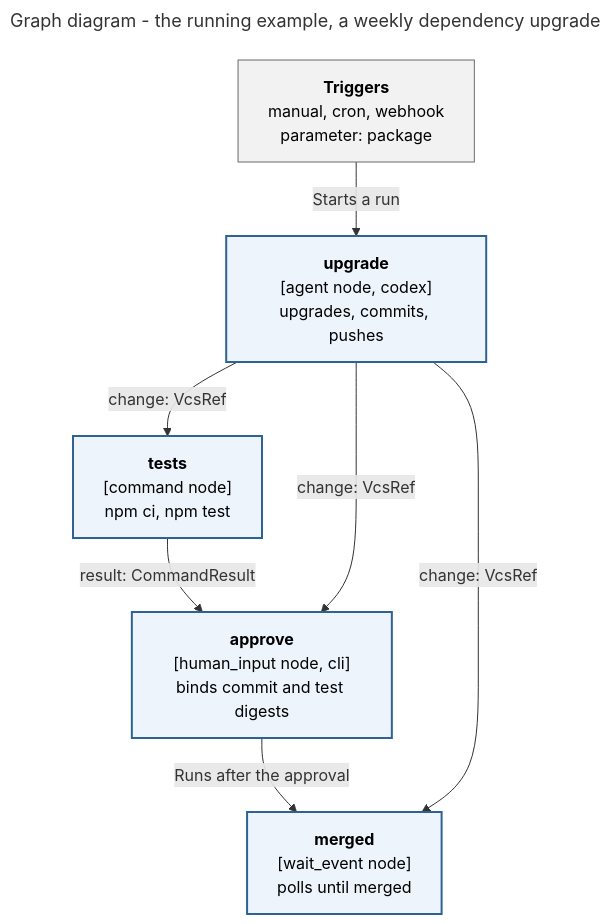
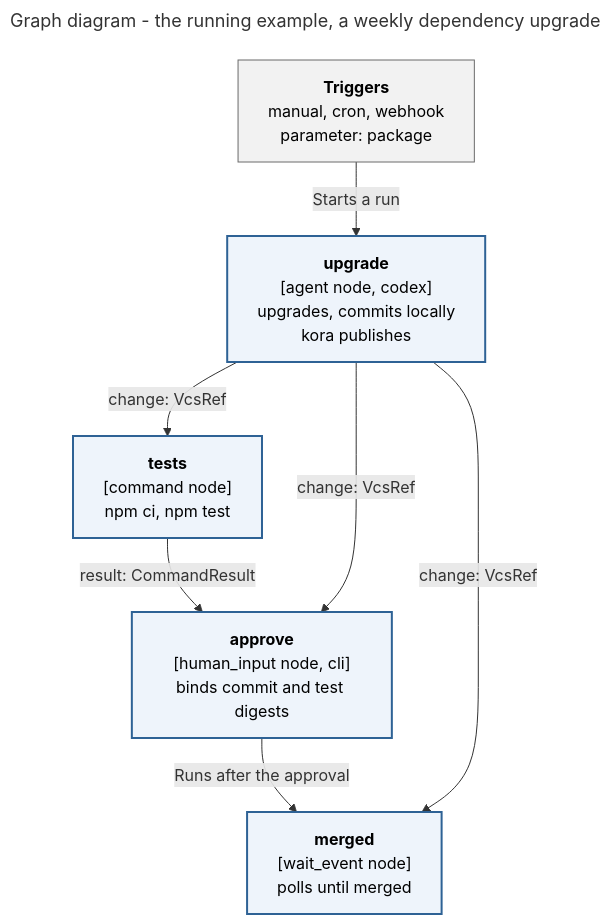
Before and after one commit to klukashka/kora: the first of 24 diagrams in knowledge/architecture/internals.md, drawn with Mermaid. The commit also changed other lines of this file and 23 other files, not shown here.

````diff
--- a/knowledge/architecture/internals.md
+++ b/knowledge/architecture/internals.md
@@ -31,23 +31,23 @@
 ```mermaid
 ---
 title: Graph diagram - the running example, a weekly dependency upgrade
 ---
 flowchart TB
   accTitle: The running example, a weekly dependency upgrade
   accDescr: Triggers start a run with a package parameter. The agent node upgrade pushes a branch and produces a VcsRef. The command node tests runs on that commit and produces a CommandResult. The human_input node approve binds the commit and the test result digests. The wait_event node merged runs after the approval and polls the change request until it is merged.
   classDef gnode fill:#EEF4FB,stroke:#2E6295,stroke-width:2px,color:#000000
   classDef trig fill:#F2F2F2,stroke:#6B6B6B,color:#000000
 
   trig["<b>Triggers</b><br/>manual, cron, webhook<br/>parameter: package"]:::trig
-  upgrade["<b>upgrade</b><br/>[agent node, codex]<br/>upgrades, commits, pushes"]:::gnode
+  upgrade["<b>upgrade</b><br/>[agent node, codex]<br/>upgrades, commits locally<br/>kora publishes"]:::gnode
   tests["<b>tests</b><br/>[command node]<br/>npm ci, npm test"]:::gnode
   approve["<b>approve</b><br/>[human_input node, cli]<br/>binds commit and test digests"]:::gnode
   merged["<b>merged</b><br/>[wait_event node]<br/>polls until merged"]:::gnode
 
   trig -->|"Starts a run"| upgrade
   upgrade -->|"change: VcsRef"| tests
   tests -->|"result: CommandResult"| approve
   upgrade -->|"change: VcsRef"| approve
   approve -->|"Runs after the approval"| merged
   upgrade -->|"change: VcsRef"| merged
 ```
````
